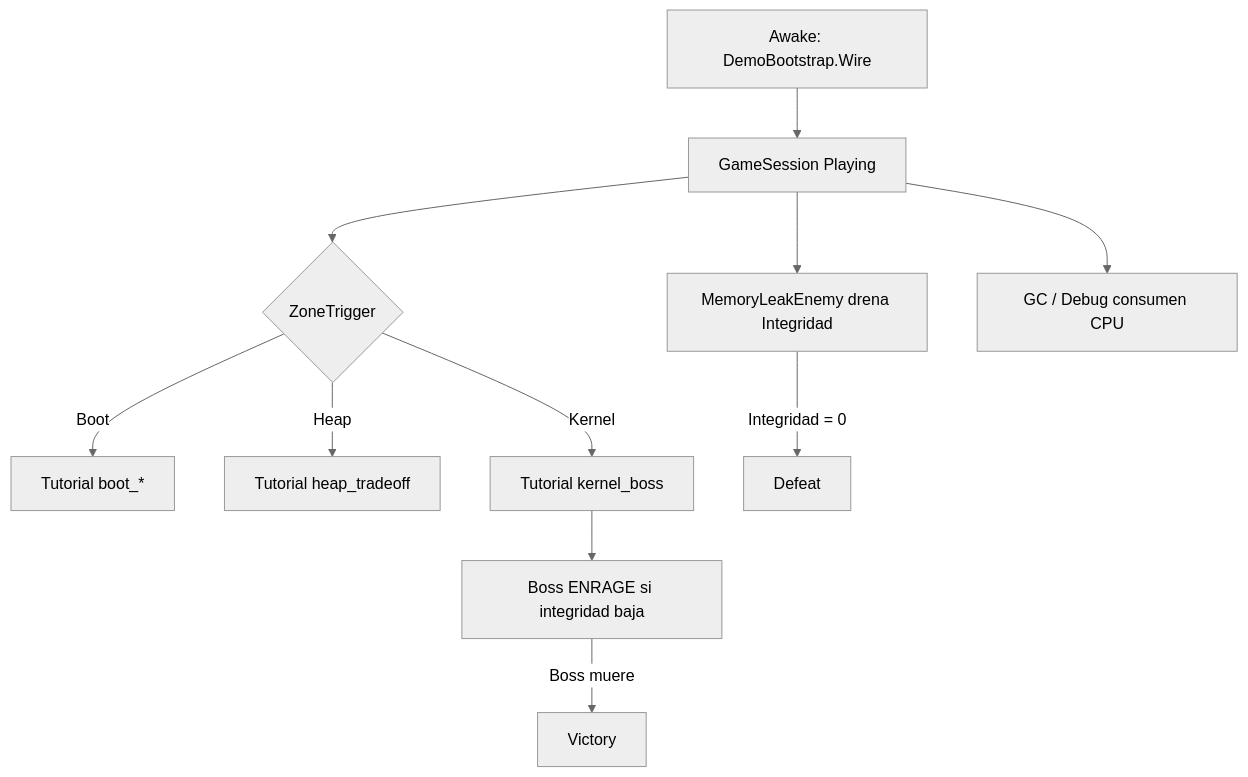
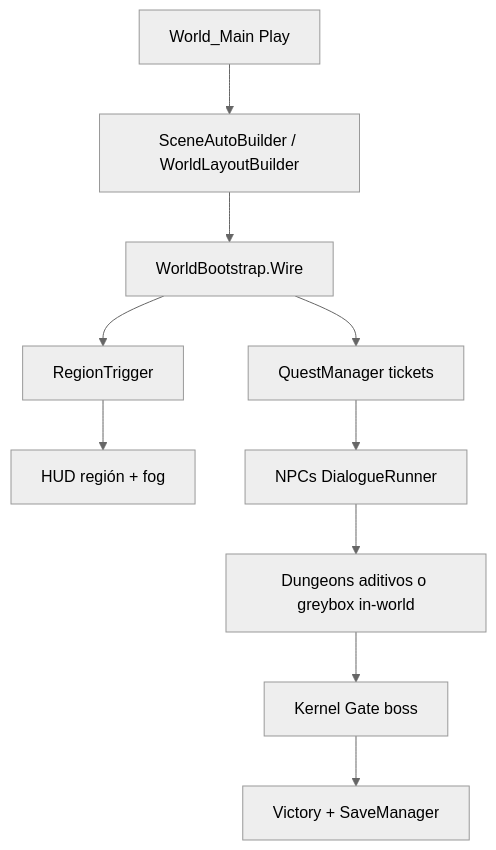
One commit to Joan-Mora/NullBorn changed the diagram in ARCHITECTURE.md. Above: the diagram before and after it, drawn with Mermaid (neutral theme). The commit also changed other lines of this file and 132 other files, not shown here.

````diff
--- a/ARCHITECTURE.md
+++ b/ARCHITECTURE.md
@@ -58,13 +87,12 @@
 ```mermaid
 flowchart TD
-    A[Awake: DemoBootstrap.Wire] --> B[GameSession Playing]
-    B --> C{ZoneTrigger}
-    C -->|Boot| D[Tutorial boot_*]
-    C -->|Heap| E[Tutorial heap_tradeoff]
-    C -->|Kernel| F[Tutorial kernel_boss]
-    B --> G[MemoryLeakEnemy drena Integridad]
-    B --> H[GC / Debug consumen CPU]
-    G -->|Integridad = 0| I[Defeat]
-    F --> J[Boss ENRAGE si integridad baja]
-    J -->|Boss muere| K[Victory]
+    A[World_Main Play] --> B[SceneAutoBuilder / WorldLayoutBuilder]
+    B --> C[WorldBootstrap.Wire]
+    C --> D[RegionTrigger]
+    D --> E[HUD región + fog]
+    C --> F[QuestManager tickets]
+    F --> G[NPCs DialogueRunner]
+    G --> H[Dungeons aditivos o greybox in-world]
+    H --> I[Kernel Gate boss]
+    I --> J[Victory + SaveManager]
 ```
````
